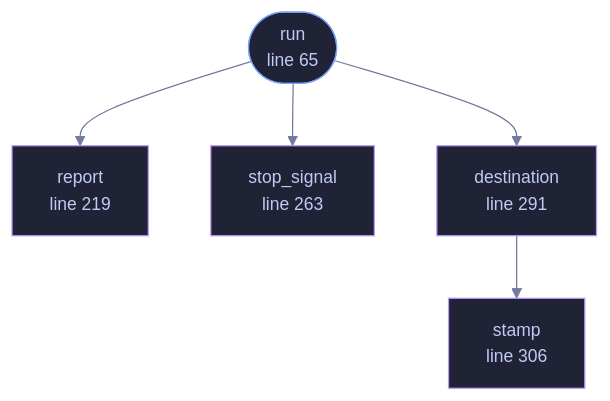
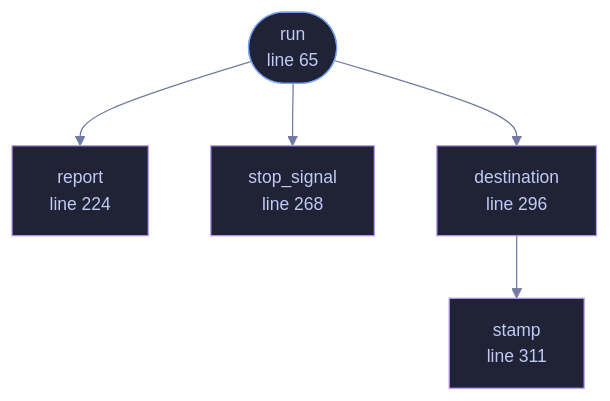
Before and after one commit to tilas01/veilvoice: the diagram in docs/files/veilvoice-cli/record.md, drawn with Mermaid. The commit also changed other lines of this file and 47 other files, not shown here.

````diff
--- a/docs/files/veilvoice-cli/record.md
+++ b/docs/files/veilvoice-cli/record.md
@@ -100,22 +100,22 @@
 ```mermaid
 %%{init: {"theme":"base","themeVariables":{"background":"#1a1b26","primaryColor":"#1f2335","primaryTextColor":"#c0caf5","primaryBorderColor":"#7aa2f7","secondaryColor":"#16161e","tertiaryColor":"#16161e","lineColor":"#737aa2","textColor":"#c0caf5","mainBkg":"#1f2335","nodeBorder":"#7aa2f7","clusterBkg":"#16161e","clusterBorder":"#2f3549","fontFamily":"ui-monospace, SFMono-Regular, Consolas, monospace","fontSize":"14px"}}}%%
 flowchart TD
     n_run(["run<br/>line 65"])
-    n_report["report<br/>line 219"]
-    n_stop_signal["stop_signal<br/>line 263"]
-    n_destination["destination<br/>line 291"]
-    n_stamp["stamp<br/>line 306"]
+    n_report["report<br/>line 224"]
+    n_stop_signal["stop_signal<br/>line 268"]
+    n_destination["destination<br/>line 296"]
+    n_stamp["stamp<br/>line 311"]
     n_destination --> n_stamp
     n_run --> n_destination
     n_run --> n_report
     n_run --> n_stop_signal
     click n_run href "https://github.com/tilas01/veilvoice/blob/main/crates/veilvoice-cli/src/record.rs#L65" "open the source"
-    click n_report href "https://github.com/tilas01/veilvoice/blob/main/crates/veilvoice-cli/src/record.rs#L219" "open the source"
-    click n_stop_signal href "https://github.com/tilas01/veilvoice/blob/main/crates/veilvoice-cli/src/record.rs#L263" "open the source"
-    click n_destination href "https://github.com/tilas01/veilvoice/blob/main/crates/veilvoice-cli/src/record.rs#L291" "open the source"
-    click n_stamp href "https://github.com/tilas01/veilvoice/blob/main/crates/veilvoice-cli/src/record.rs#L306" "open the source"
+    click n_report href "https://github.com/tilas01/veilvoice/blob/main/crates/veilvoice-cli/src/record.rs#L224" "open the source"
+    click n_stop_signal href "https://github.com/tilas01/veilvoice/blob/main/crates/veilvoice-cli/src/record.rs#L268" "open the source"
+    click n_destination href "https://github.com/tilas01/veilvoice/blob/main/crates/veilvoice-cli/src/record.rs#L296" "open the source"
+    click n_stamp href "https://github.com/tilas01/veilvoice/blob/main/crates/veilvoice-cli/src/record.rs#L311" "open the source"
     classDef entry fill:#1f2335,stroke:#7aa2f7,color:#c0caf5
     class n_run entry
     classDef helper fill:#1f2335,stroke:#bb9af7,color:#c0caf5
     class n_report,n_stop_signal,n_destination,n_stamp helper
 ```
````
